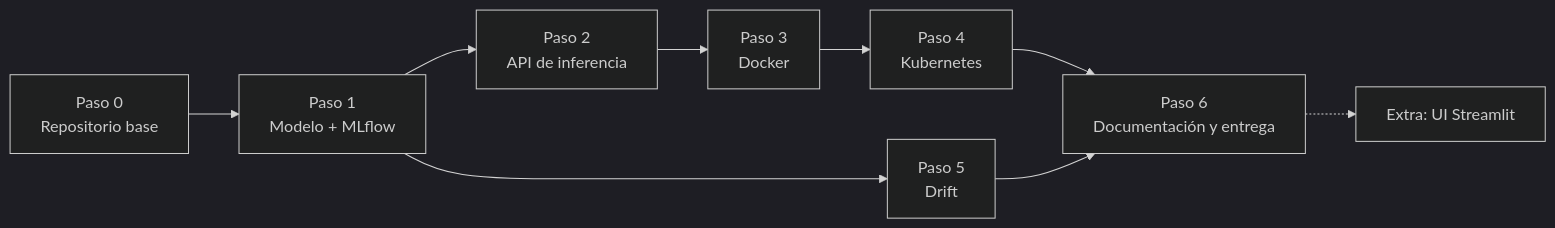
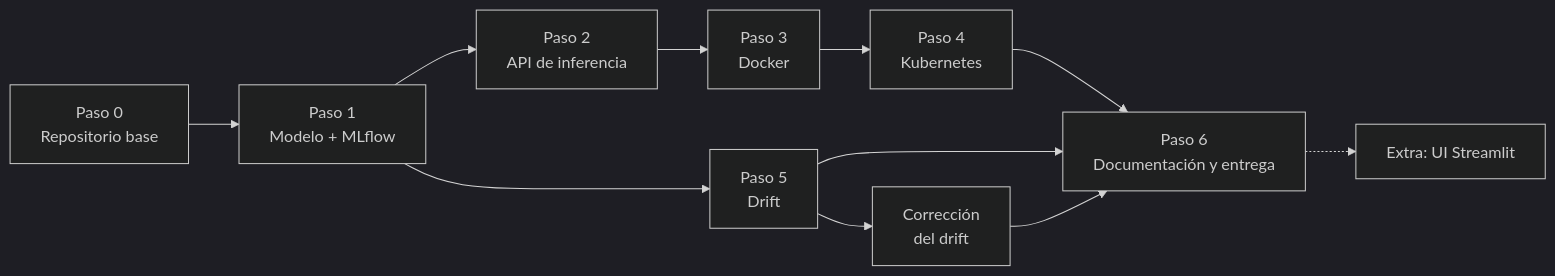
The first of 3 diagrams in docs/plan.md (AcademicHumber/proyecto-final-mlops), drawn with Mermaid (dark theme) before and after one commit. The commit also changed other lines of this file and 9 other files, not shown here.

````diff
--- a/docs/plan.md
+++ b/docs/plan.md
@@ -7,11 +7,13 @@
 ```mermaid
 flowchart LR
     P0[Paso 0<br/>Repositorio base] --> P1[Paso 1<br/>Modelo + MLflow]
     P1 --> P2[Paso 2<br/>API de inferencia]
     P2 --> P3[Paso 3<br/>Docker]
     P3 --> P4[Paso 4<br/>Kubernetes]
     P1 --> P5[Paso 5<br/>Drift]
     P4 --> P6[Paso 6<br/>Documentación y entrega]
     P5 --> P6
     P6 -.-> X[Extra: UI Streamlit]
+    P5 --> C[Corrección<br/>del drift]
+    C --> P6
 ```
````
